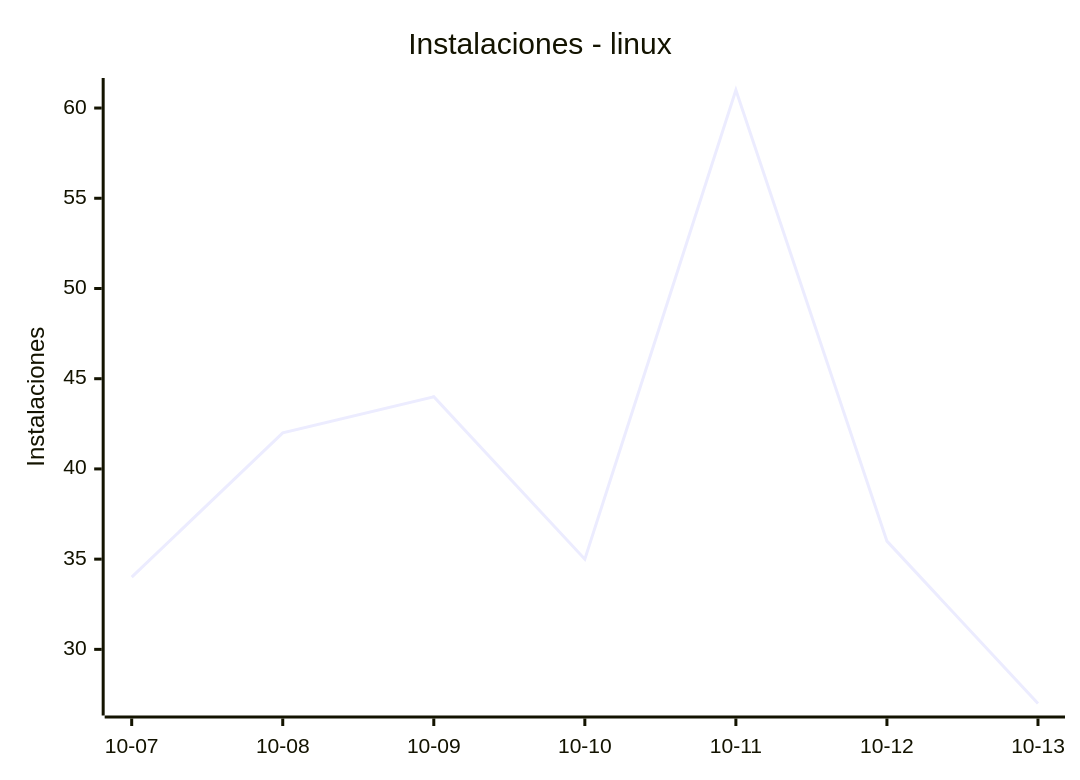
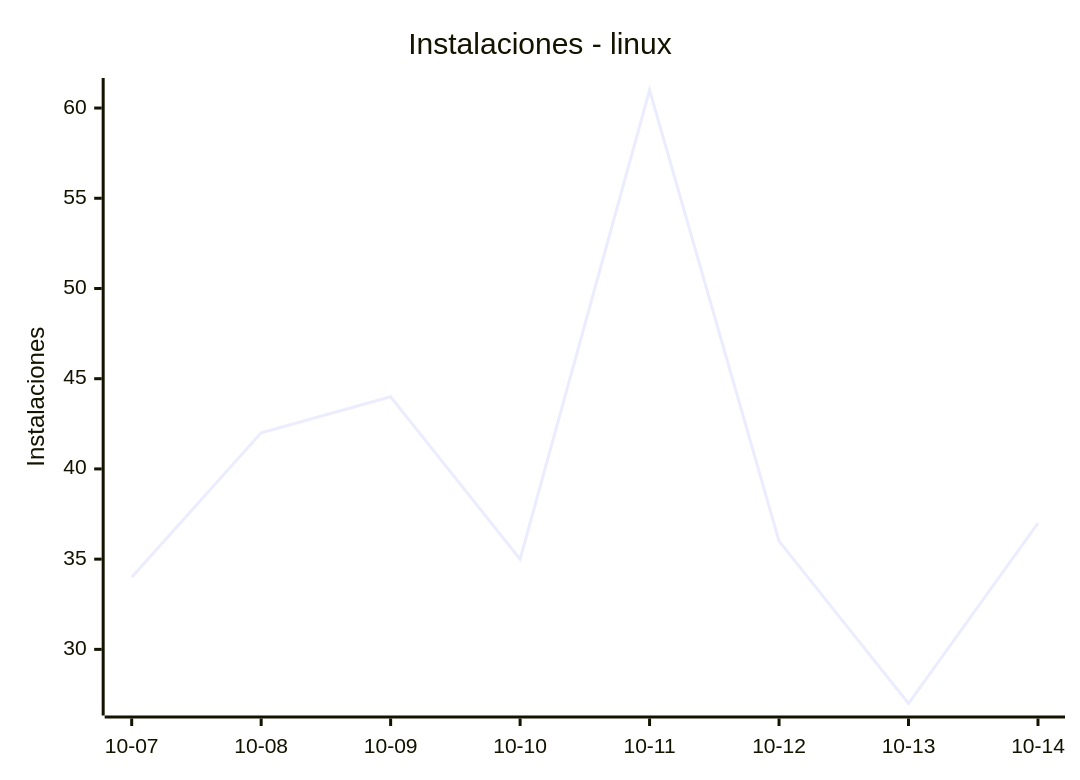
The fourth of 8 diagrams in README.md (EmuDeck/stats), drawn with Mermaid before and after one commit. The commit also changed other lines of this file and 2 other files, not shown here.

````diff
--- a/README.md
+++ b/README.md
@@ -52,7 +52,7 @@
 ```mermaid
 xychart-beta
     title "Instalaciones - linux"
-    x-axis ["10-07", "10-08", "10-09", "10-10", "10-11", "10-12", "10-13"]
+    x-axis ["10-07", "10-08", "10-09", "10-10", "10-11", "10-12", "10-13", "10-14"]
     y-axis "Instalaciones"
-    line [34, 42, 44, 35, 61, 36, 27]
+    line [34, 42, 44, 35, 61, 36, 27, 37]
 ```
````
